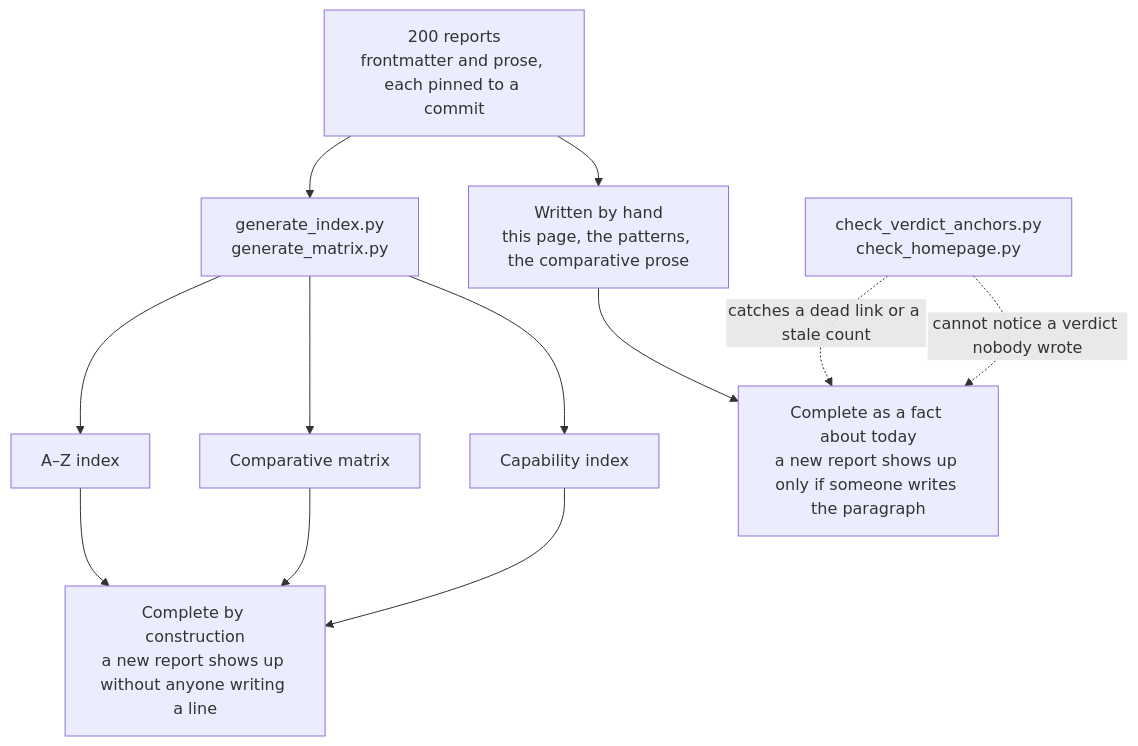
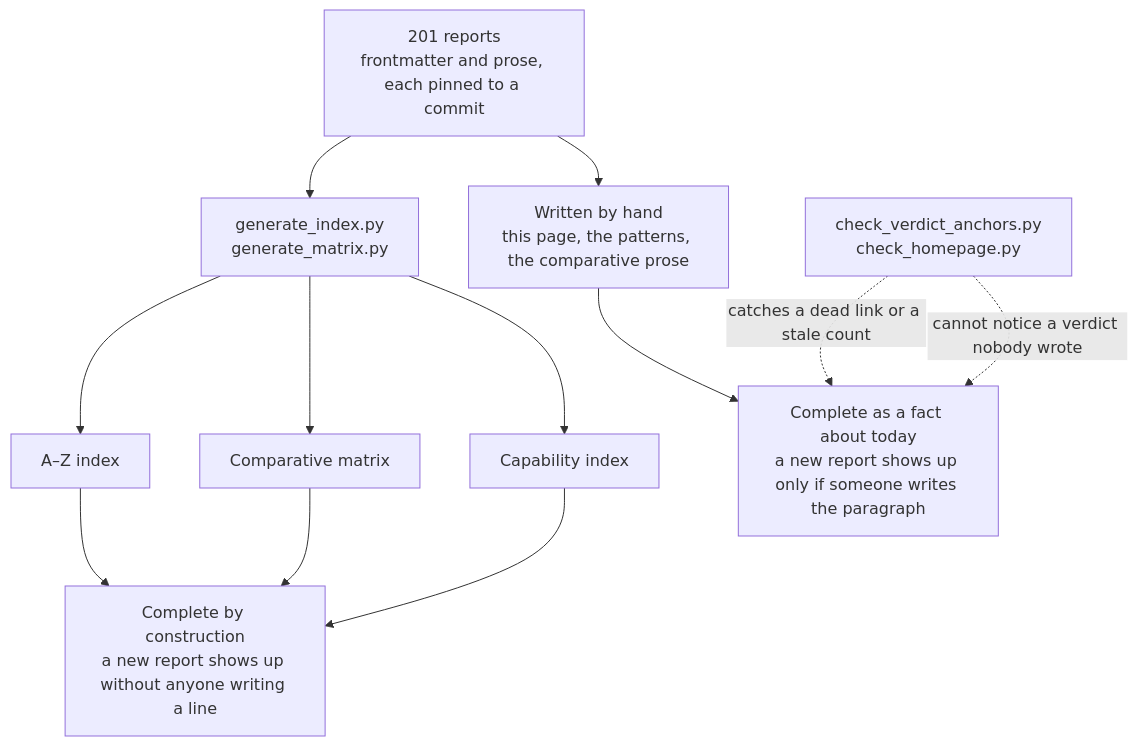
One commit to neoneye/agent-memory-atlas changed the diagram in content/verdicts.md. Above: the diagram before and after it, drawn with Mermaid. The commit also changed other lines of this file and 219 other files, not shown here.

````diff
--- a/content/verdicts.md
+++ b/content/verdicts.md
@@ -40,15 +40,15 @@
 ```mermaid
 flowchart TD
-    R["200 reports<br/>frontmatter and prose, each pinned to a commit"]
+    R["201 reports<br/>frontmatter and prose, each pinned to a commit"]
     R --> GEN["generate_index.py<br/>generate_matrix.py"]
     R --> HAND["Written by hand<br/>this page, the patterns, the comparative prose"]
     GEN --> AZ["A–Z index"]
     GEN --> MX["Comparative matrix"]
     GEN --> CI["Capability index"]
     AZ --> CONST["Complete by construction<br/>a new report shows up without anyone writing a line"]
     MX --> CONST
     CI --> CONST
     HAND --> TODAY["Complete as a fact about today<br/>a new report shows up only if someone writes the paragraph"]
     CHK["check_verdict_anchors.py<br/>check_homepage.py"] -.->|"catches a dead link or a stale count"| TODAY
     CHK -.->|"cannot notice a verdict nobody wrote"| TODAY
 ```
````
